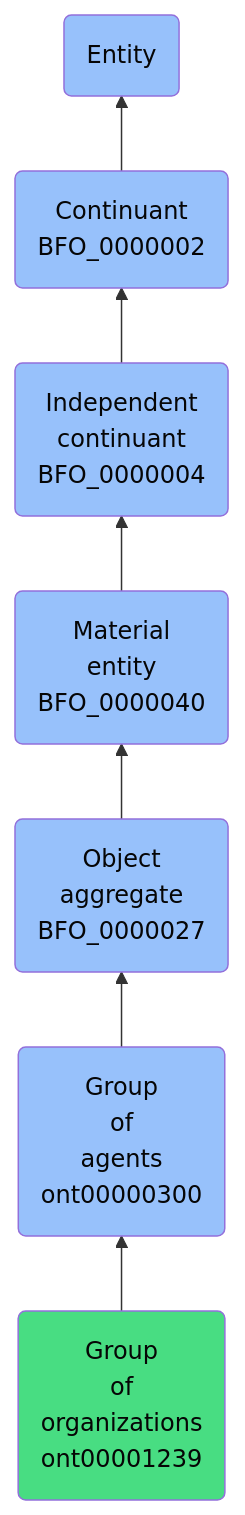
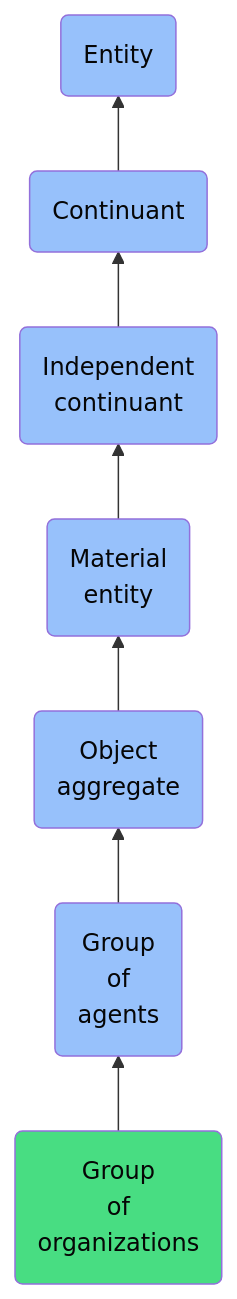
The diagram in docs/ontology/reference/model/Entity/Continuant/Independent continuant/Material entity/Object aggregate/Group of agents/Group of organizations/Group of organizations.md (jupyter-naas/abi), drawn with Mermaid before and after one commit. The commit also changed other lines of this file and 1430 other files, not shown here.

````diff
--- a/docs/ontology/reference/model/Entity/Continuant/Independent continuant/Material entity/Object aggregate/Group of agents/Group of organizations/Group of organizations.md
+++ b/docs/ontology/reference/model/Entity/Continuant/Independent continuant/Material entity/Object aggregate/Group of agents/Group of organizations/Group of organizations.md
@@ -24,14 +24,14 @@
 ```mermaid
 graph BT
-    ont00001239(Group<br>of<br>organizations<br>ont00001239):::ABI-->ont00000300
-    ont00000300(Group<br>of<br>agents<br>ont00000300):::BFO-->BFO_0000027
-    BFO_0000027(Object<br>aggregate<br>BFO_0000027):::BFO-->BFO_0000040
-    BFO_0000040(Material<br>entity<br>BFO_0000040):::BFO-->BFO_0000004
-    BFO_0000004(Independent<br>continuant<br>BFO_0000004):::BFO-->BFO_0000002
-    BFO_0000002(Continuant<br>BFO_0000002):::BFO-->BFO_0000001
+    ont00001239(Group<br>of<br>organizations):::ABI-->ont00000300
+    ont00000300(Group<br>of<br>agents):::BFO-->BFO_0000027
+    BFO_0000027(Object<br>aggregate):::BFO-->BFO_0000040
+    BFO_0000040(Material<br>entity):::BFO-->BFO_0000004
+    BFO_0000004(Independent<br>continuant):::BFO-->BFO_0000002
+    BFO_0000002(Continuant):::BFO-->BFO_0000001
     BFO_0000001(Entity):::BFO
     
     classDef BFO fill:#97c1fb,color:#060606
     classDef CCO fill:#e4c51e,color:#060606
     classDef ABI fill:#48DD82,color:#060606
 ```
````
